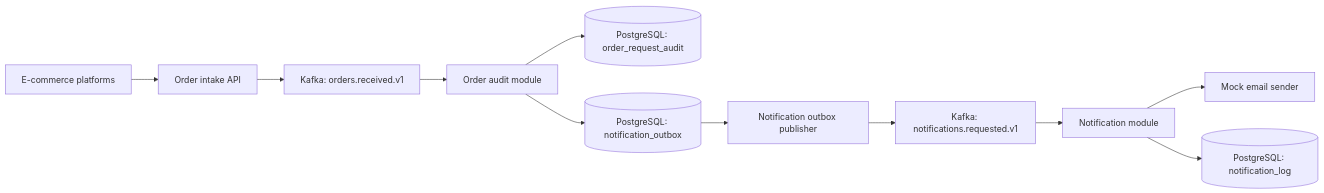
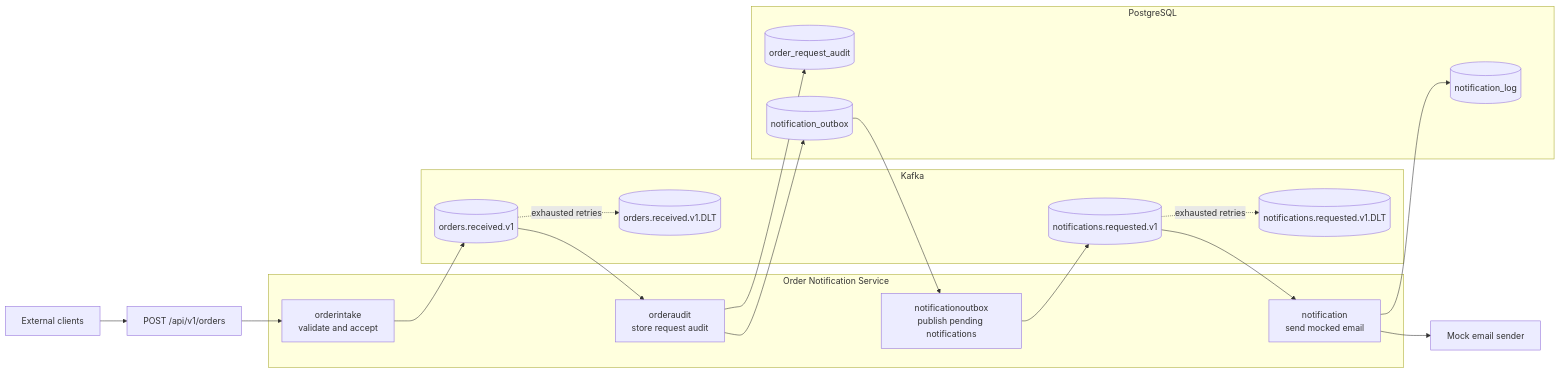
The diagram in README.md (brogowskii/order-notification-service), drawn with Mermaid before and after one commit.

Commit message:
Improve architecture diagram

````diff
--- a/README.md
+++ b/README.md
@@ -11,16 +11,39 @@
 ```mermaid
 flowchart LR
-    Client["E-commerce platforms"] --> Api["Order intake API"]
-    Api --> OrdersTopic["Kafka: orders.received.v1"]
+    Client["External clients"] --> IntakeApi["POST /api/v1/orders"]
 
-    OrdersTopic --> Audit["Order audit module"]
-    Audit --> AuditDb[("PostgreSQL: order_request_audit")]
-    Audit --> Outbox[("PostgreSQL: notification_outbox")]
+    subgraph App["Order Notification Service"]
+        Intake["orderintake<br/>validate and accept"]
+        Audit["orderaudit<br/>store request audit"]
+        OutboxPublisher["notificationoutbox<br/>publish pending notifications"]
+        Notification["notification<br/>send mocked email"]
+    end
 
-    Outbox --> OutboxTask["Notification outbox publisher"]
-    OutboxTask --> NotificationsTopic["Kafka: notifications.requested.v1"]
+    subgraph Kafka["Kafka"]
+        OrdersTopic[("orders.received.v1")]
+        OrdersDlt[("orders.received.v1.DLT")]
+        NotificationsTopic[("notifications.requested.v1")]
+        NotificationsDlt[("notifications.requested.v1.DLT")]
+    end
 
-    NotificationsTopic --> Notification["Notification module"]
+    subgraph Postgres["PostgreSQL"]
+        AuditDb[("order_request_audit")]
+        OutboxDb[("notification_outbox")]
+        NotificationDb[("notification_log")]
+    end
+
+    IntakeApi --> Intake
+    Intake --> OrdersTopic
+    OrdersTopic --> Audit
+    OrdersTopic -. exhausted retries .-> OrdersDlt
+
+    Audit --> AuditDb
+    Audit --> OutboxDb
+    OutboxDb --> OutboxPublisher
+    OutboxPublisher --> NotificationsTopic
+
+    NotificationsTopic --> Notification
+    NotificationsTopic -. exhausted retries .-> NotificationsDlt
     Notification --> MockEmail["Mock email sender"]
-    Notification --> NotificationDb[("PostgreSQL: notification_log")]
+    Notification --> NotificationDb
 ```
````
